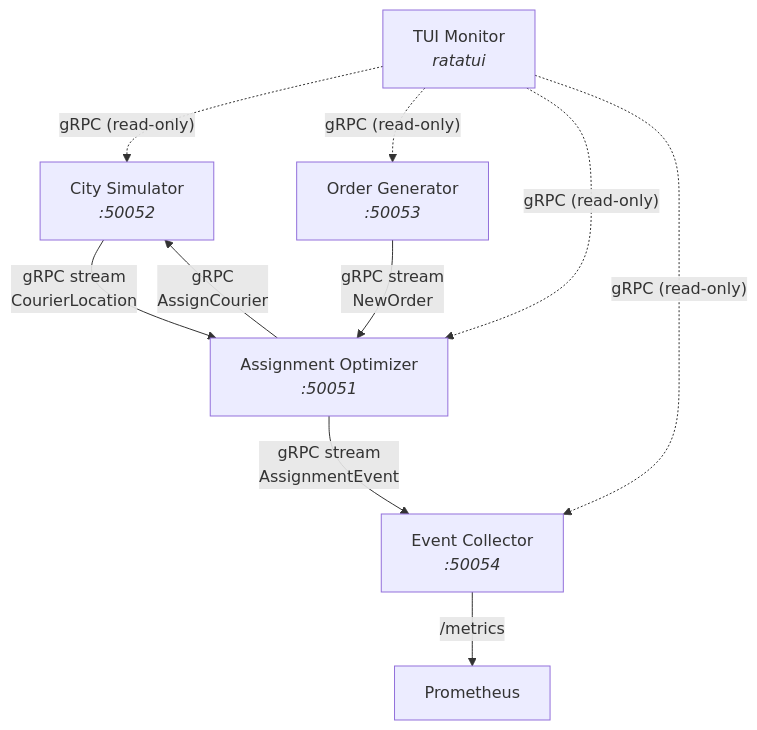
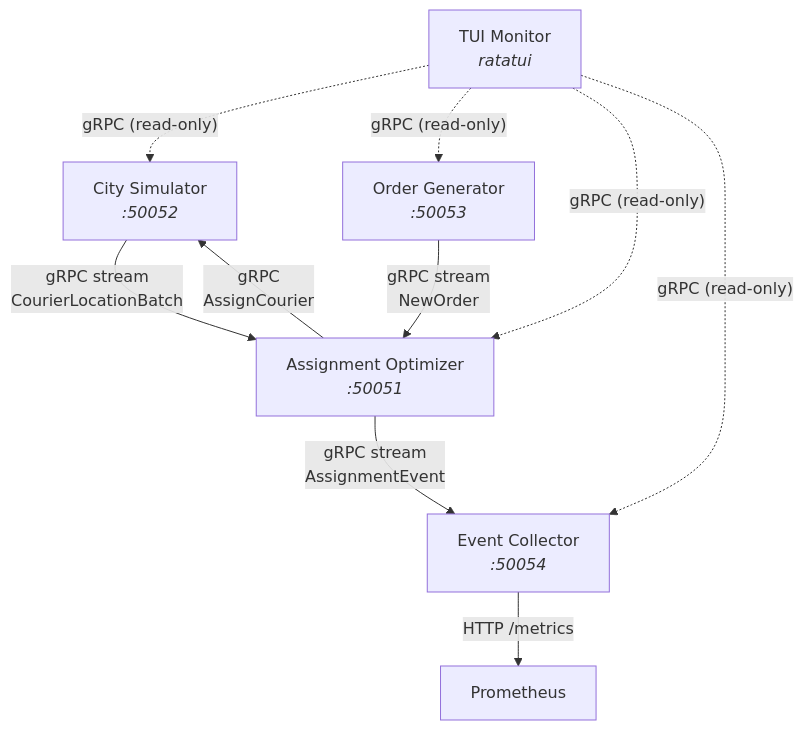
Before and after one commit to meowyx/router-flow: the diagram in README.md, drawn with Mermaid. The commit also changed other lines of this file and 27 other files, not shown here.

````diff
--- a/README.md
+++ b/README.md
@@ -7,20 +7,19 @@
 ```mermaid
 graph TD
     CS[City Simulator<br/><i>:50052</i>]
     OG[Order Generator<br/><i>:50053</i>]
     AO[Assignment Optimizer<br/><i>:50051</i>]
     EC[Event Collector<br/><i>:50054</i>]
     TUI[TUI Monitor<br/><i>ratatui</i>]
-    PROM[Prometheus]
 
-    CS -- "gRPC stream<br/>CourierLocation" --> AO
+    CS -- "gRPC stream<br/>CourierLocationBatch" --> AO
     OG -- "gRPC stream<br/>NewOrder" --> AO
     AO -- "gRPC<br/>AssignCourier" --> CS
     AO -- "gRPC stream<br/>AssignmentEvent" --> EC
-    EC -- "/metrics" --> PROM
+    EC -- "HTTP /metrics" --> PROM[Prometheus]
 
     TUI -. "gRPC (read-only)" .-> CS
     TUI -. "gRPC (read-only)" .-> OG
     TUI -. "gRPC (read-only)" .-> AO
     TUI -. "gRPC (read-only)" .-> EC
 ```
````
